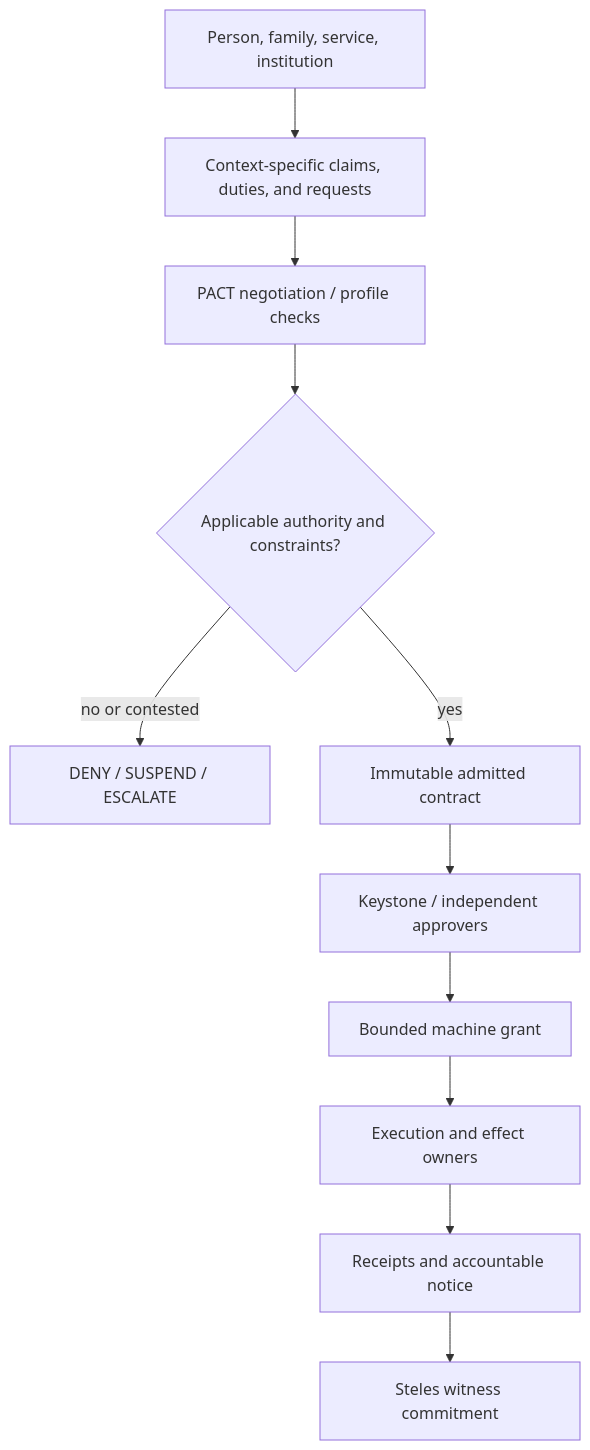
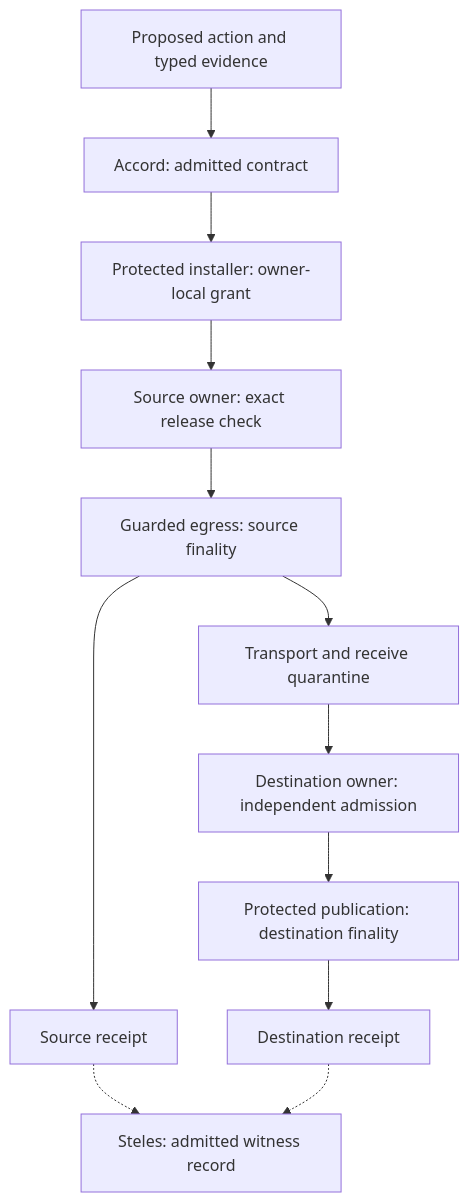
The first of 2 diagrams in data/readmes/nshkrdotcom__ASKA.md (zqf20096327/ai_collect), drawn with Mermaid before and after one commit. The commit also changed other lines of this file and 1934 other files, not shown here.

````diff
--- a/data/readmes/nshkrdotcom__ASKA.md
+++ b/data/readmes/nshkrdotcom__ASKA.md
@@ -19,13 +13,14 @@
 ```mermaid
-flowchart TD
-  H["Person, family, service, institution"] --> C["Context-specific claims, duties, and requests"]
-  C --> P["PACT negotiation / profile checks"]
-  P --> D{"Applicable authority and constraints?"}
-  D -->|"no or contested"| R["DENY / SUSPEND / ESCALATE"]
-  D -->|"yes"| A["Immutable admitted contract"]
-  A --> K["Keystone / independent approvers"]
-  K --> G["Bounded machine grant"]
-  G --> E["Execution and effect owners"]
-  E --> O["Receipts and accountable notice"]
-  O --> W["Steles witness commitment"]
+flowchart TB
+  P["Proposed action and typed evidence"] --> A["Accord: admitted contract"]
+  A --> G["Protected installer: owner-local grant"]
+  G --> S["Source owner: exact release check"]
+  S --> E["Guarded egress: source finality"]
+  E --> Q["Transport and receive quarantine"]
+  Q --> D["Destination owner: independent admission"]
+  D --> O["Protected publication: destination finality"]
+  E --> R1["Source receipt"]
+  O --> R2["Destination receipt"]
+  R1 -.-> W["Steles: admitted witness record"]
+  R2 -.-> W
 ```
````
